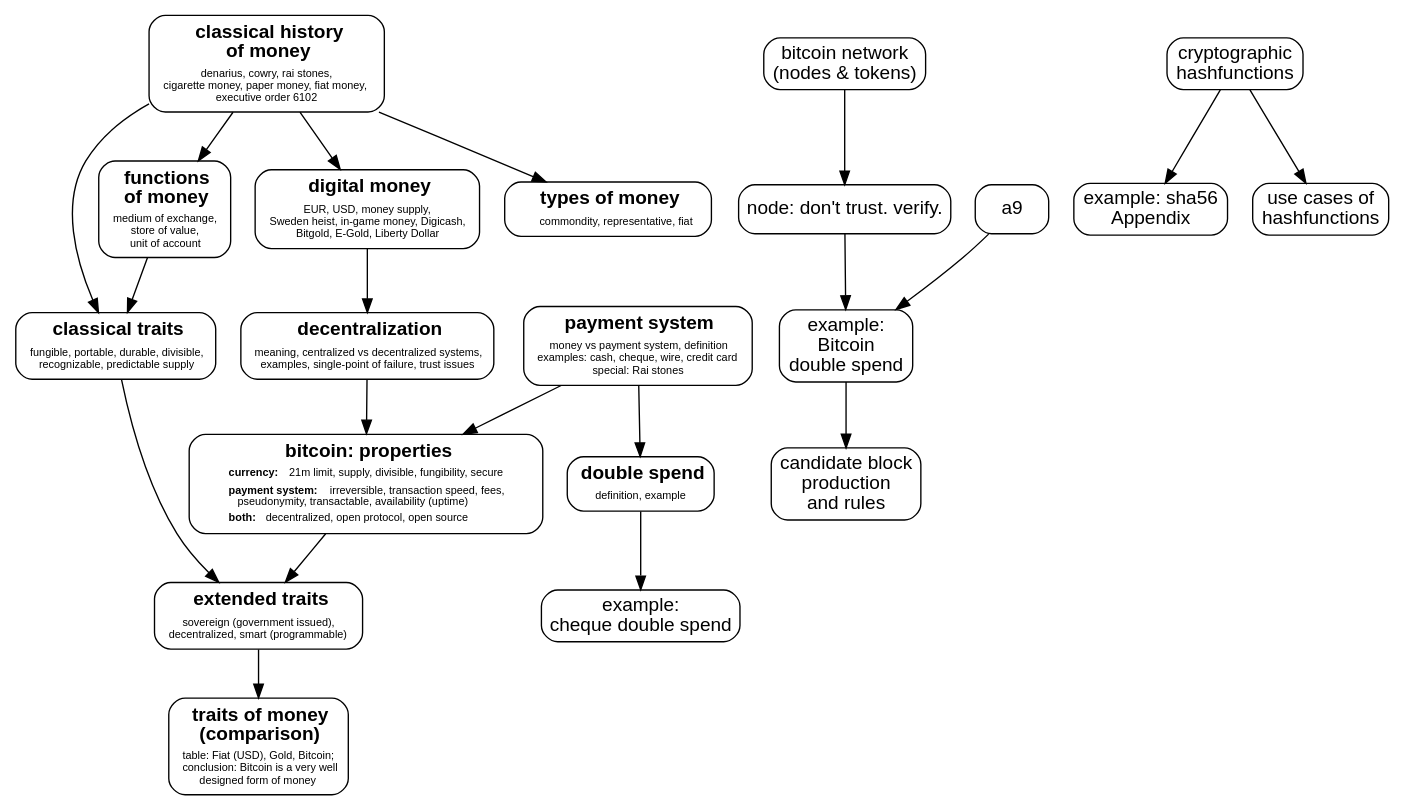
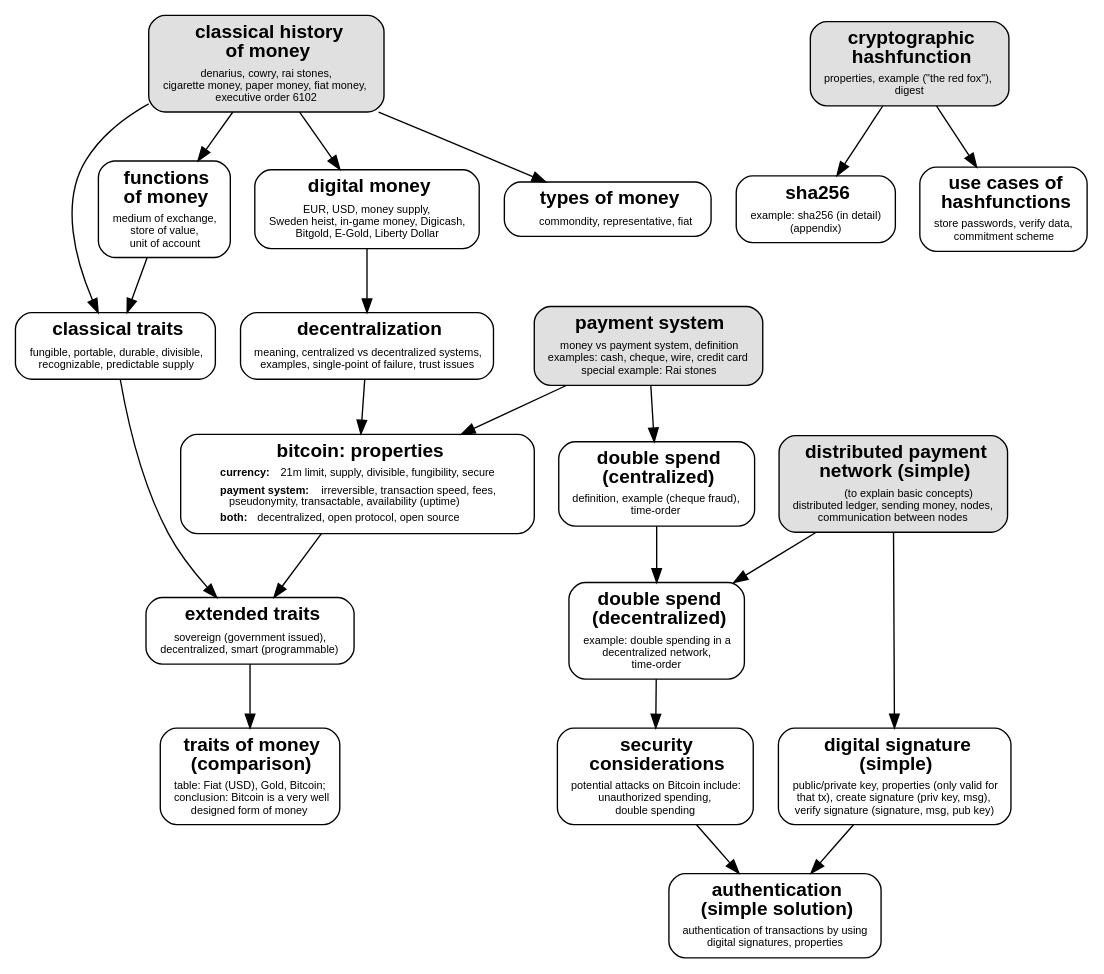
One commit to winterblues/topics_dependencies changed the diagram in book.gv. Above: the diagram before and after it, drawn with Graphviz.

Commit message:
more nodes

```diff
--- a/book.gv
+++ b/book.gv
@@ -19,7 +19,7 @@
 
   
 	// -- Classical History of Money
-	n_money_history [ label=<
+	n_money_history [ fillcolor="#e0e0e0" style="rounded,filled" label=<
     <table border="0" cellborder="0" cellspacing="0">
 		<tr><td align="center"><b>classical history<br/>of money</b></td></tr>
 		<tr><td align="center"><font point-size="8">
@@ -122,31 +122,117 @@
 	
 	
 	// -- Payment System
-    n_payment_system [ label=<
+    n_payment_system [ fillcolor="#e0e0e0" style="rounded,filled" label=<
     <table border="0" cellborder="0" cellspacing="0">
         <tr><td align="center"><b>payment system</b></td></tr>
         <tr><td align="center"><font point-size="8">
 			money vs payment system, definition<br/>
 			examples: cash, cheque, wire, credit card<br/>
-			special: Rai stones</font></td></tr>
+			special example: Rai stones</font></td></tr>
     </table>>];
 	
 	
-	// -- Double Spend
+	// -- Double Spend (Centralized)
     n_doulbe_spend [ label=<
     <table border="0" cellborder="0" cellspacing="0">
-        <tr><td align="center"><b>double spend</b></td></tr>
+        <tr><td align="center"><b>double spend<br/>(centralized)</b></td></tr>
         <tr><td align="center"><font point-size="8">
-			definition, example</font></td></tr>
+			definition, example (cheque fraud),<br/>
+			time-order</font></td></tr>
     </table>>];
 	
 
+	// -- Double Spend (Decentralized)
+    n_double_spend_decentral [ label=<
+    <table border="0" cellborder="0" cellspacing="0">
+        <tr><td align="center"><b>double spend<br/>(decentralized)</b></td></tr>
+        <tr><td align="center"><font point-size="8">
+			example: double spending in a<br/>
+			decentralized network,<br/>
+			time-order</font></td></tr>
+    </table>>];
+
+
+	// -- Cryptographic Hashfunction
+    n_hashfunction [ fillcolor="#e0e0e0" style="rounded,filled" label=<
+    <table border="0" cellborder="0" cellspacing="0">
+        <tr><td align="center"><b>cryptographic<br/>hashfunction</b></td></tr>
+        <tr><td align="center"><font point-size="8">
+			properties, example ("the red fox"),<br/>
+			digest</font></td></tr>
+    </table>>];
+
+
+    // -- SHA 256
+    n_sha256 [ label=<
+    <table border="0" cellborder="0" cellspacing="0">
+        <tr><td align="center"><b>sha256</b></td></tr>
+        <tr><td align="center"><font point-size="8">
+			example: sha256 (in detail)<br/>
+			(appendix)</font></td></tr>
+    </table>>];
+
 	
-	
+    // -- Hashfunction Use Cases
+    n_hashfunction_use_cases [ label=<
+    <table border="0" cellborder="0" cellspacing="0">
+        <tr><td align="center"><b>use cases of<br/>hashfunctions</b></td></tr>
+        <tr><td align="center"><font point-size="8">
+			store passwords, verify data,<br/>
+			commitment scheme</font></td></tr>
+    </table>>];
+
+
+    // -- Security Considerations
+    n_security_considerations [ label=<
+    <table border="0" cellborder="0" cellspacing="0">
+        <tr><td align="center"><b>security<br/>considerations</b></td></tr>
+        <tr><td align="center"><font point-size="8">
+			potential attacks on Bitcoin include:<br/>
+			unauthorized spending,<br/>
+			double spending</font></td></tr>
+    </table>>];
+
+
+    // -- Authentication (Simple Solution)
+    n_authentication_simple [ label=<
+    <table border="0" cellborder="0" cellspacing="0">
+        <tr><td align="center"><b>authentication<br/>(simple solution)</b></td></tr>
+        <tr><td align="center"><font point-size="8">
+			authentication of transactions by using<br/>
+			digital signatures, properties</font></td></tr>
+    </table>>];
     
+    
+    // -- Digital Signature (Simple)
+    n_digital_signature_simple [ label=<
+    <table border="0" cellborder="0" cellspacing="0">
+        <tr><td align="center"><b>digital signature<br/>(simple)</b></td></tr>
+        <tr><td align="center"><font point-size="8">
+			public/private key, properties (only valid for<br/>
+			that tx), create signature (priv key, msg),<br/>
+			verify signature (signature, msg, pub key)</font></td></tr>
+    </table>>];
+
+    
+    // -- Distributed Network
+    n_distributed_network [ fillcolor="#e0e0e0" style="rounded,filled" label=<
+    <table border="0" cellborder="0" cellspacing="0">
+        <tr><td align="center"><b>distributed payment<br/>network (simple)</b></td></tr>
+        <tr><td align="center"><font point-size="8">
+            (to explain basic concepts)<br/>
+			distributed ledger, sending money, nodes,<br/>
+			communication between nodes</font></td></tr>
+    </table>>];
+    
+
+    
+
     #n_history_of_Bitcoin
 	#n_consensus_mechanism
 	#n_public_private_key
+	
+	# proof-of-work   hashcash!
 	
     
     # FIXME:   (stuff that comes to my mind)
@@ -160,21 +246,21 @@
 	  # FIXME: we should have a chart in the book showing the timeline  (digital money)
 	  # consensus mechanism: Rai stones   
 
+    # finney attack
+    # bitcoin is trustless
+    # chain reorg / reorder
+
+  
+  
+  
+  
+  #b1   [label="bitcoin network\n(nodes & tokens)"]
+  #b2   [label="node: don't trust. verify."]
+  #b4   [label="candidate block\nproduction\nand rules"]            # candidtate block
+  
   
 
   
-  
-  a10  [label="example:\ncheque double spend"]
-  
-  b1   [label="bitcoin network\n(nodes & tokens)"]
-  b2   [label="node: don't trust. verify."]
-  b3   [label="example:\nBitcoin\ndouble spend"]
-  b4   [label="candidate block\nproduction\nand rules"]            # candidtate block
-  
-  
-  b5   [label="cryptographic\nhashfunctions"]
-  b6a  [label="example: sha56\nAppendix"]
-  b6b  [label="use cases of\nhashfunctions"]  # hashcash!
   
 
   # block header
@@ -183,24 +269,30 @@
   
   #b   [label="proof-of-work"]
   
-  n_money_history -> n_money_traits
-  n_money_history -> n_money_function
-  n_money_history -> n_money_types 
-  n_money_function -> n_money_traits 
-  n_money_traits -> n_money_traits_ext
-  n_bitcoin_properties -> n_money_traits_ext
-  n_money_traits_ext -> n_traits_comparison
-  n_decentralization -> n_bitcoin_properties
-  n_digital_money -> n_decentralization
-  n_payment_system -> n_doulbe_spend -> a10
-  n_money_history -> n_digital_money
+    n_money_history -> n_money_traits
+    n_money_history -> n_money_function
+    n_money_history -> n_money_types 
+    n_money_function -> n_money_traits 
+    n_money_traits -> n_money_traits_ext
+    n_bitcoin_properties -> n_money_traits_ext
+    n_money_traits_ext -> n_traits_comparison
+    n_decentralization -> n_bitcoin_properties
+    n_digital_money -> n_decentralization
+    n_money_history -> n_digital_money
+    n_payment_system -> n_bitcoin_properties
+    n_payment_system -> n_doulbe_spend 
+    n_doulbe_spend -> n_double_spend_decentral
+    n_double_spend_decentral -> n_security_considerations
+    n_security_considerations -> n_authentication_simple 
+    n_distributed_network -> n_double_spend_decentral
+    n_distributed_network -> n_digital_signature_simple
+    n_digital_signature_simple -> n_authentication_simple
   
-  n_payment_system -> n_bitcoin_properties
   
-  b1 -> b2 -> b3 -> b4
-  b5 -> b6a
-  b5 -> b6b
-  a9 -> b3
+    n_hashfunction -> n_sha256
+    n_hashfunction -> n_hashfunction_use_cases
+  
+
 }
 
 
```
